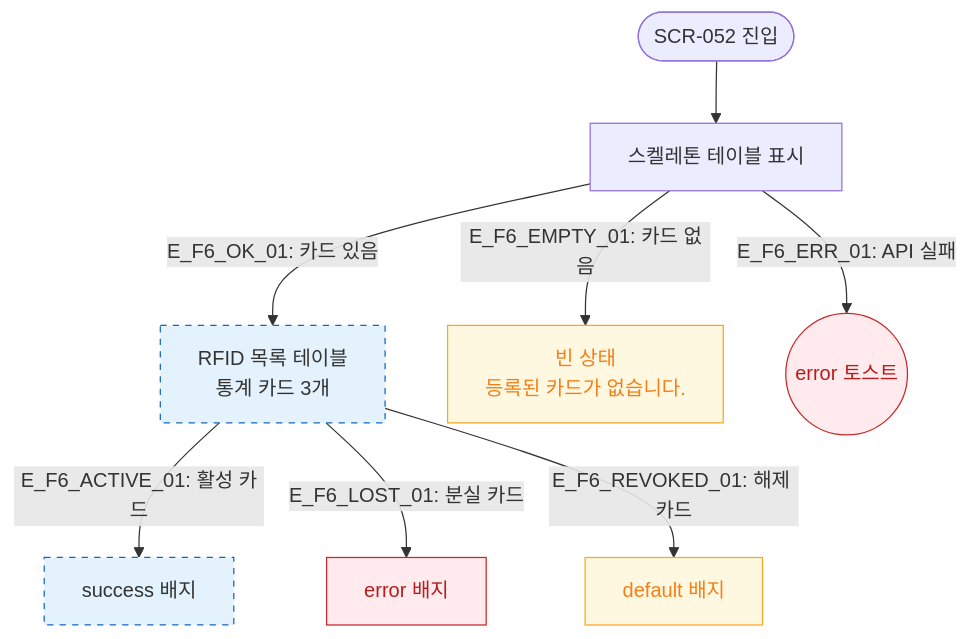
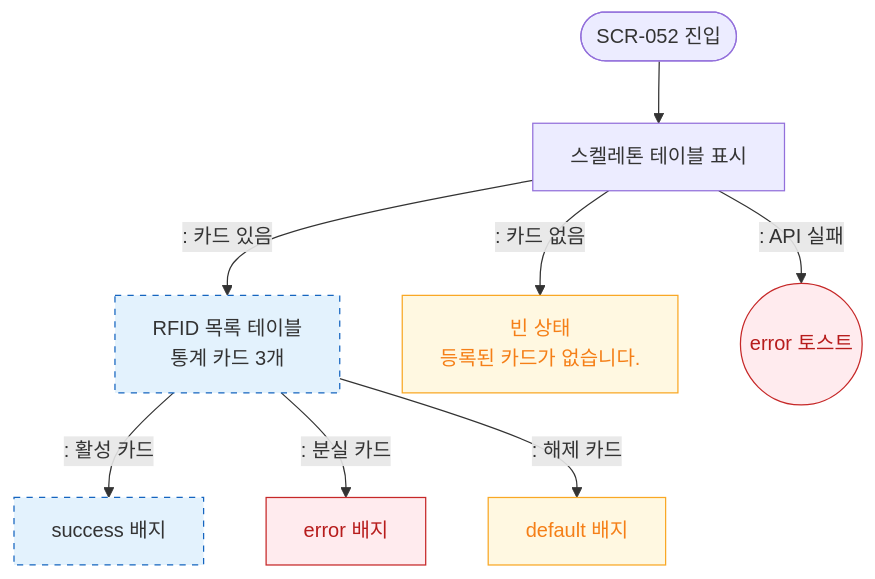
The diagram in docs/다이어그램/D06_시설관리/SCR-052_밴드카드관리/F6_상태별화면.md (dev-spogym/admin-pando), drawn with Mermaid before and after one commit. The commit also changed other lines of this file and 1660 other files, not shown here.

First line of the commit message:
다이어그램: 기획자/클라이언트 납품본으로 정리

````diff
--- a/docs/다이어그램/D06_시설관리/SCR-052_밴드카드관리/F6_상태별화면.md
+++ b/docs/다이어그램/D06_시설관리/SCR-052_밴드카드관리/F6_상태별화면.md
@@ -16,18 +14,18 @@
 ```mermaid
 flowchart TD
     ENTER([SCR-052 진입]) --> Loading[스켈레톤 테이블 표시]
-    Loading -->|"E_F6_OK_01: 카드 있음"| StateNormal[RFID 목록 테이블\n통계 카드 3개]
-    Loading -->|"E_F6_EMPTY_01: 카드 없음"| StateEmpty[빈 상태\n등록된 카드가 없습니다.]
-    Loading -->|"E_F6_ERR_01: API 실패"| StateErr((error 토스트))
+    Loading -->|": 카드 있음"|StateNormal[RFID 목록 테이블\n통계 카드 3개]
+    Loading -->|": 카드 없음"|StateEmpty[빈 상태\n등록된 카드가 없습니다.]
+    Loading -->|": API 실패"|StateErr((error 토스트))
 
-    StateNormal -->|"E_F6_ACTIVE_01: 활성 카드"| ActiveBadge[success 배지]
-    StateNormal -->|"E_F6_LOST_01: 분실 카드"| LostBadge[error 배지]
-    StateNormal -->|"E_F6_REVOKED_01: 해제 카드"| RevokedBadge[default 배지]
+    StateNormal -->|": 활성 카드"|ActiveBadge[success 배지]
+    StateNormal -->|": 분실 카드"|LostBadge[error 배지]
+    StateNormal -->|": 해제 카드"|RevokedBadge[default 배지]
 
     classDef screen fill:#E3F2FD,stroke:#1565C0,stroke-dasharray:5 5
     classDef warning fill:#FFF8E1,stroke:#F9A825,color:#F57F17
     classDef error fill:#FFEBEE,stroke:#C62828,color:#B71C1C
     class StateNormal,ActiveBadge screen
     class StateEmpty,RevokedBadge warning
     class StateErr,LostBadge error
 ```
````
